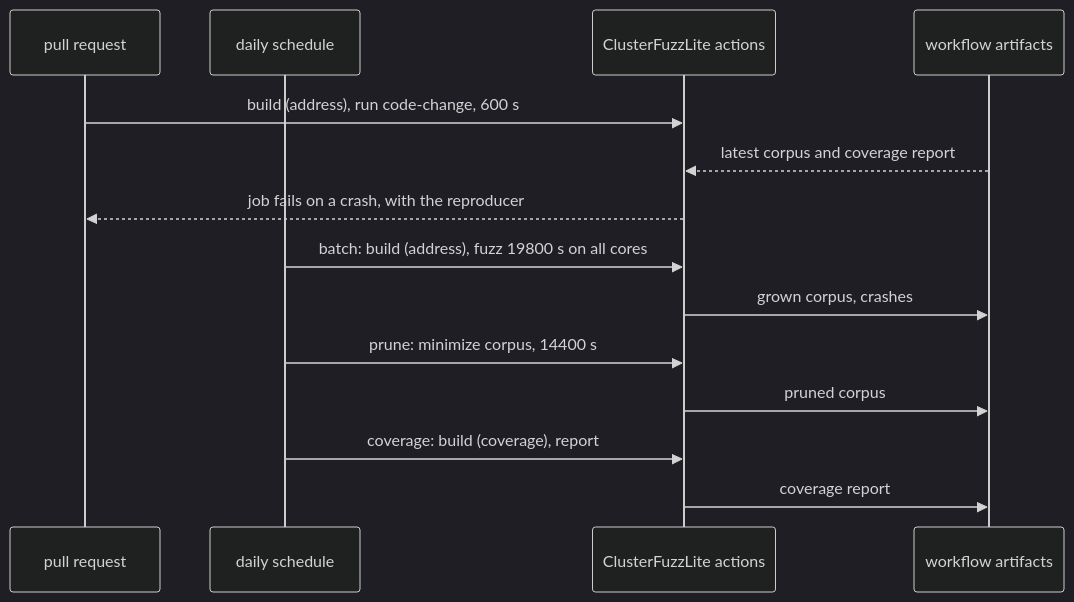
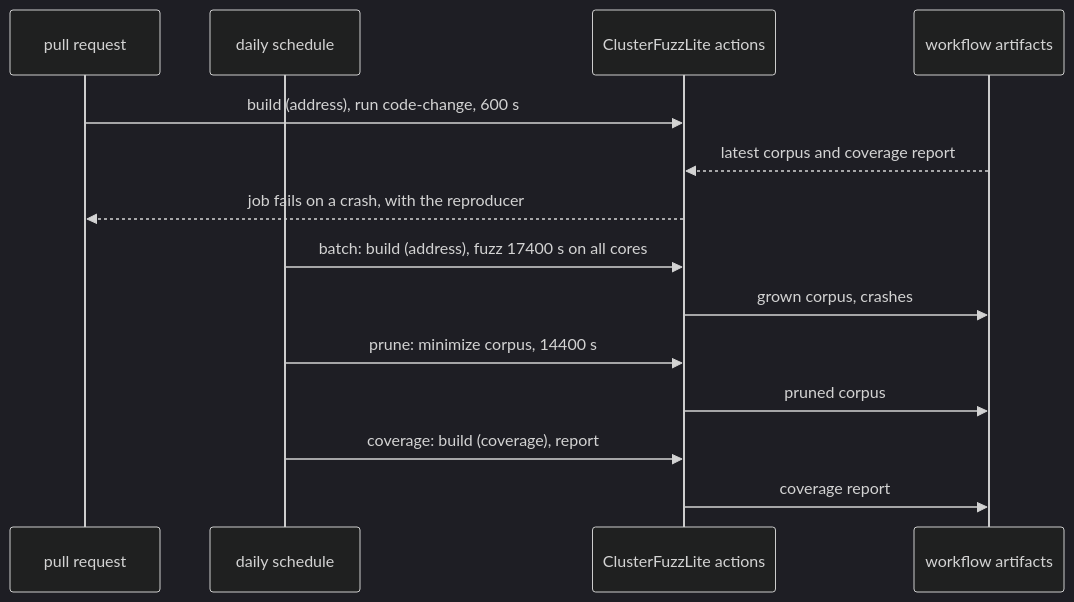
Before and after one commit to M-Compressors/mbrotli: the fifth of 5 diagrams in architecture/ci.md, drawn with Mermaid (dark theme). The commit also changed other lines of this file and 12 other files, not shown here.

````diff
--- a/architecture/ci.md
+++ b/architecture/ci.md
@@ -206,16 +206,16 @@
 ```mermaid
 sequenceDiagram
     participant PR as pull request
     participant Cron as daily schedule
     participant CF as ClusterFuzzLite actions
     participant Store as workflow artifacts
     PR->>CF: build (address), run code-change, 600 s
     Store-->>CF: latest corpus and coverage report
     CF-->>PR: job fails on a crash, with the reproducer
-    Cron->>CF: batch: build (address), fuzz 19800 s on all cores
+    Cron->>CF: batch: build (address), fuzz 17400 s on all cores
     CF->>Store: grown corpus, crashes
     Cron->>CF: prune: minimize corpus, 14400 s
     CF->>Store: pruned corpus
     Cron->>CF: coverage: build (coverage), report
     CF->>Store: coverage report
 ```
````
